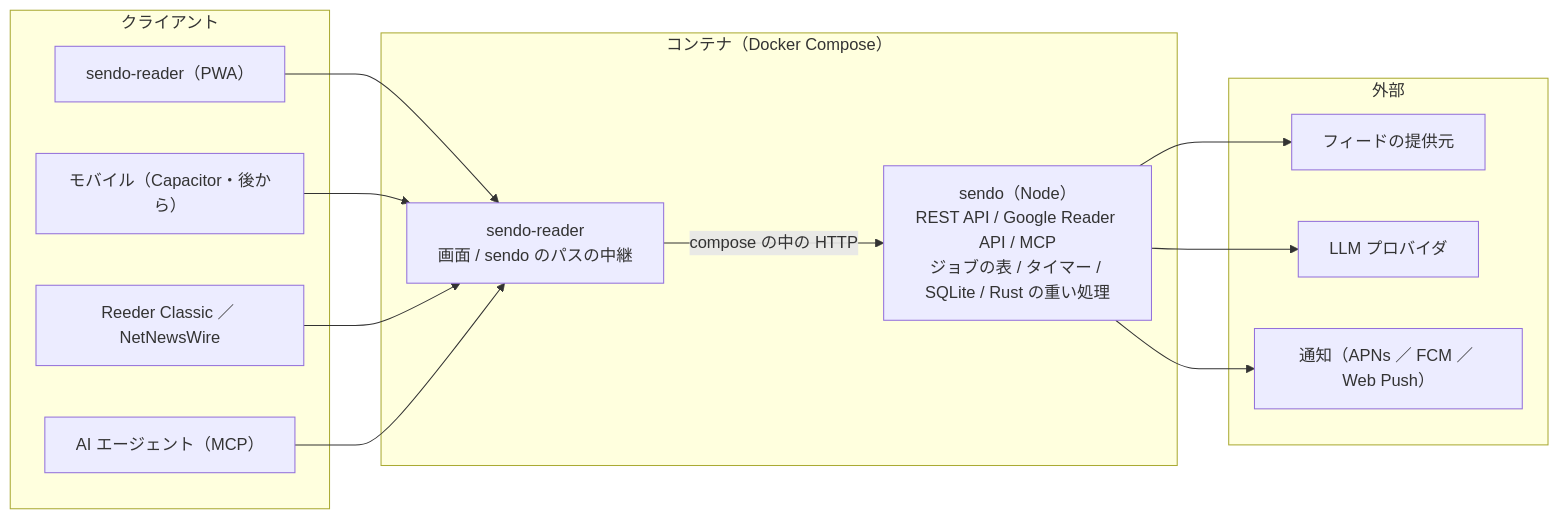
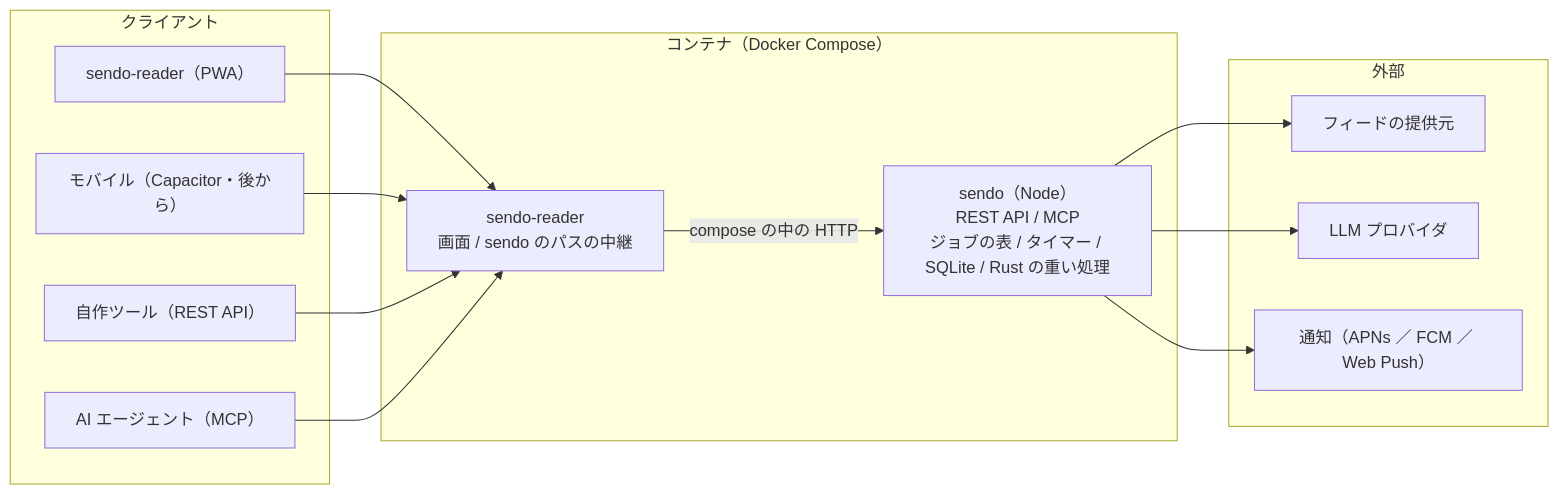
Before and after one commit to sendo-feed/sendo: the diagram in docs/tech-deck.md, drawn with Mermaid. The commit also changed other lines of this file and 14 other files, not shown here.

First line of the commit message:
decision(greader): Google Reader 互換 API の廃止を決める (#359)

````diff
--- a/docs/tech-deck.md
+++ b/docs/tech-deck.md
@@ -28,29 +30,29 @@
 ```mermaid
 flowchart LR
   subgraph Clients["クライアント"]
     R["sendo-reader（PWA）"]
     M["モバイル（Capacitor・後から）"]
-    X["Reeder Classic ／ NetNewsWire"]
+    X["自作ツール（REST API）"]
     A["AI エージェント（MCP）"]
   end
 
   subgraph Host["コンテナ（Docker Compose）"]
     RW["sendo-reader<br/>画面 / sendo のパスの中継"]
-    SW["sendo（Node）<br/>REST API / Google Reader API / MCP<br/>ジョブの表 / タイマー / SQLite / Rust の重い処理"]
+    SW["sendo（Node）<br/>REST API / MCP<br/>ジョブの表 / タイマー / SQLite / Rust の重い処理"]
   end
 
   subgraph Ext["外部"]
     F["フィードの提供元"]
     L["LLM プロバイダ"]
     N["通知（APNs ／ FCM ／ Web Push）"]
   end
 
   R --> RW
   M --> RW
   RW -- "compose の中の HTTP" --> SW
   X --> RW
   A --> RW
   SW --> F
   SW --> L
   SW --> N
 ```
````
